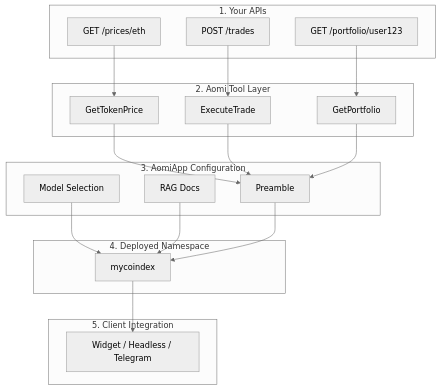
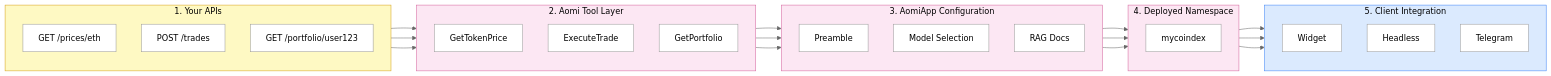
The diagram in apps/landing/content/guides/build/integration-guide.mdx (aomi-labs/aomi-widget), drawn with Mermaid (neutral theme) before and after one commit. The commit also changed other lines of this file and 15 other files, not shown here.

````diff
--- a/apps/landing/content/guides/build/integration-guide.mdx
+++ b/apps/landing/content/guides/build/integration-guide.mdx
@@ -12,41 +14,70 @@
 ```mermaid
-flowchart TB
-    subgraph "1. Your APIs"
-        API1[GET /prices/eth]
-        API2[POST /trades]
-        API3[GET /portfolio/user123]
+flowchart LR
+    subgraph YOUR["1. Your APIs"]
+        direction TB
+        API1["GET /prices/eth"]
+        API2["POST /trades"]
+        API3["GET /portfolio/user123"]
     end
 
-    subgraph "2. Aomi Tool Layer"
-        T1[GetTokenPrice]
-        T2[ExecuteTrade]
-        T3[GetPortfolio]
+    subgraph AOMI["2. Aomi Tool Layer"]
+        direction TB
+        T1["GetTokenPrice"]
+        T2["ExecuteTrade"]
+        T3["GetPortfolio"]
     end
 
-    subgraph "3. AomiApp Configuration"
-        PREAMBLE[Preamble]
-        MODEL[Model Selection]
-        RAG[RAG Docs]
+    subgraph CONFIG["3. AomiApp Configuration"]
+        direction TB
+        PREAMBLE["Preamble"]
+        MODEL["Model Selection"]
+        RAG["RAG Docs"]
     end
 
-    subgraph "4. Deployed Namespace"
-        NS[mycoindex]
+    subgraph NS_GROUP["4. Deployed Namespace"]
+        direction TB
+        NS["mycoindex"]
     end
 
-    subgraph "5. Client Integration"
-        WIDGET[Widget / Headless / Telegram]
+    subgraph CLIENT["5. Client Integration"]
+        direction TB
+        CL1["Widget"]
+        CL2["Headless"]
+        CL3["Telegram"]
     end
 
     API1 --> T1
     API2 --> T2
     API3 --> T3
 
     T1 --> PREAMBLE
     T2 --> PREAMBLE
     T3 --> PREAMBLE
     MODEL --> NS
     RAG --> NS
     PREAMBLE --> NS
 
-    NS --> WIDGET
+    NS --> CL1
+    NS --> CL2
+    NS --> CL3
+
+    style YOUR fill:#fef9c3,stroke:#d4a017,color:#000
+    style AOMI fill:#fce7f3,stroke:#d4619b,color:#000
+    style CONFIG fill:#fce7f3,stroke:#d4619b,color:#000
+    style NS_GROUP fill:#fce7f3,stroke:#d4619b,color:#000
+    style CLIENT fill:#dbeafe,stroke:#3b82f6,color:#000
+
+    style API1 fill:#fff,stroke:#999,color:#000
+    style API2 fill:#fff,stroke:#999,color:#000
+    style API3 fill:#fff,stroke:#999,color:#000
+    style T1 fill:#fff,stroke:#999,color:#000
+    style T2 fill:#fff,stroke:#999,color:#000
+    style T3 fill:#fff,stroke:#999,color:#000
+    style PREAMBLE fill:#fff,stroke:#999,color:#000
+    style MODEL fill:#fff,stroke:#999,color:#000
+    style RAG fill:#fff,stroke:#999,color:#000
+    style NS fill:#fff,stroke:#999,color:#000
+    style CL1 fill:#fff,stroke:#999,color:#000
+    style CL2 fill:#fff,stroke:#999,color:#000
+    style CL3 fill:#fff,stroke:#999,color:#000
 ```
````
